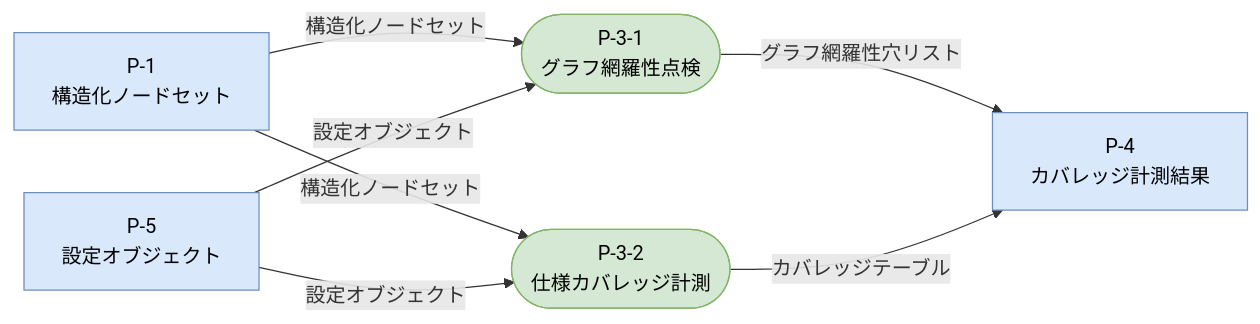
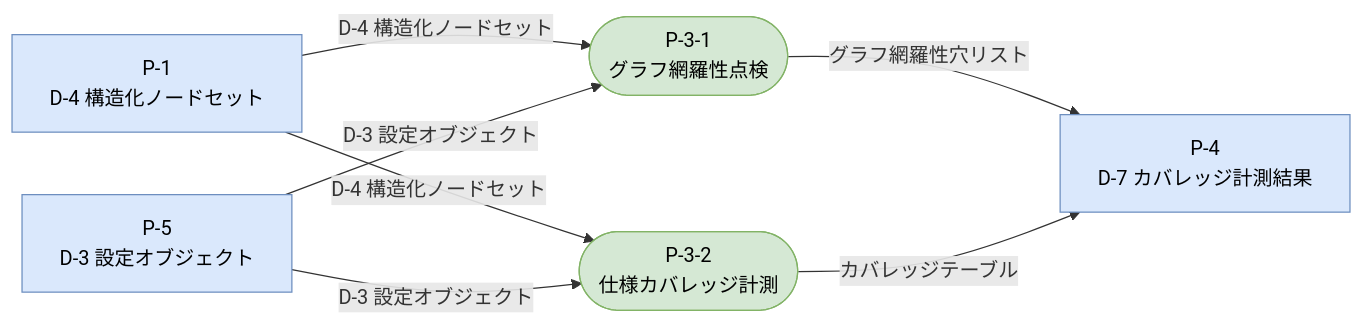
One commit to hiratashinnya/review-system changed the fourth of 5 diagrams in doc-system/03-analysis/00-dfd.md. Above: the diagram before and after it, drawn with Mermaid. The commit also changed other lines of this file and 9 other files, not shown here.

````diff
--- a/doc-system/03-analysis/00-dfd.md
+++ b/doc-system/03-analysis/00-dfd.md
@@ -140,22 +143,22 @@
 ```mermaid
 flowchart LR
   classDef l1ext fill:#dae8fc,stroke:#6c8ebf,color:#000
   classDef proc  fill:#d5e8d4,stroke:#82b366,color:#000
 
   %% L1 境界
-  LP1["P-1\n構造化ノードセット"]:::l1ext
-  LP5["P-5\n設定オブジェクト"]:::l1ext
-  LP4["P-4\nカバレッジ計測結果"]:::l1ext
+  LP1["P-1\nD-4 構造化ノードセット"]:::l1ext
+  LP5["P-5\nD-3 設定オブジェクト"]:::l1ext
+  LP4["P-4\nD-7 カバレッジ計測結果"]:::l1ext
 
   %% P-3 の子プロセス
   P31(["P-3-1\nグラフ網羅性点検"]):::proc
   P32(["P-3-2\n仕様カバレッジ計測"]):::proc
 
   %% データフロー
-  LP1 -->|"構造化ノードセット"| P31
-  LP1 -->|"構造化ノードセット"| P32
-  LP5 -->|"設定オブジェクト"| P31
-  LP5 -->|"設定オブジェクト"| P32
+  LP1 -->|"D-4 構造化ノードセット"| P31
+  LP1 -->|"D-4 構造化ノードセット"| P32
+  LP5 -->|"D-3 設定オブジェクト"| P31
+  LP5 -->|"D-3 設定オブジェクト"| P32
   P31 -->|"グラフ網羅性穴リスト"| LP4
   P32 -->|"カバレッジテーブル"| LP4
 ```
````
